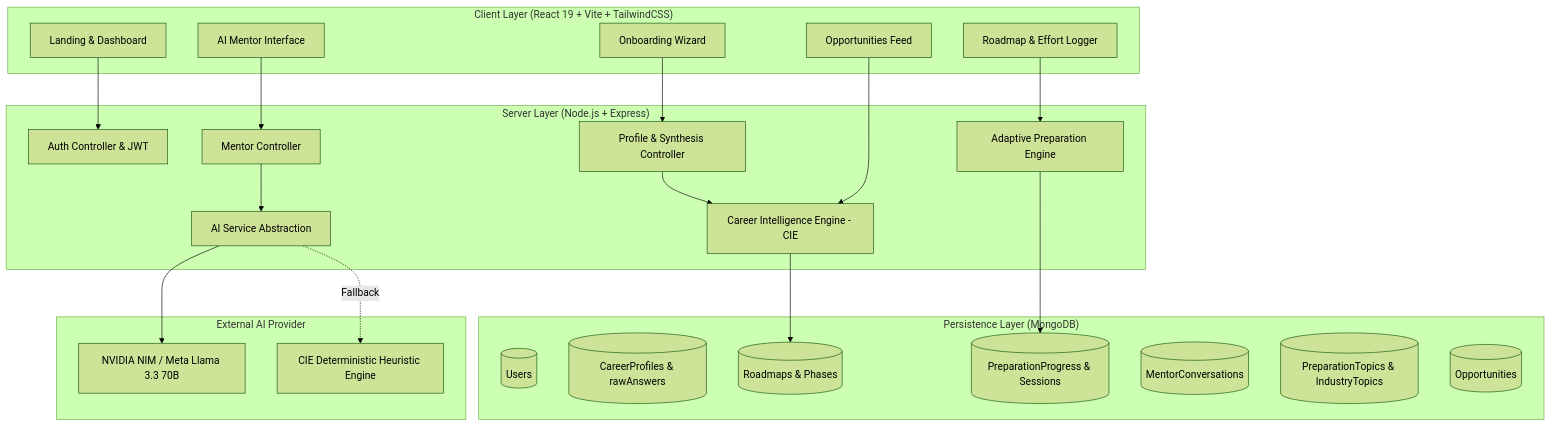
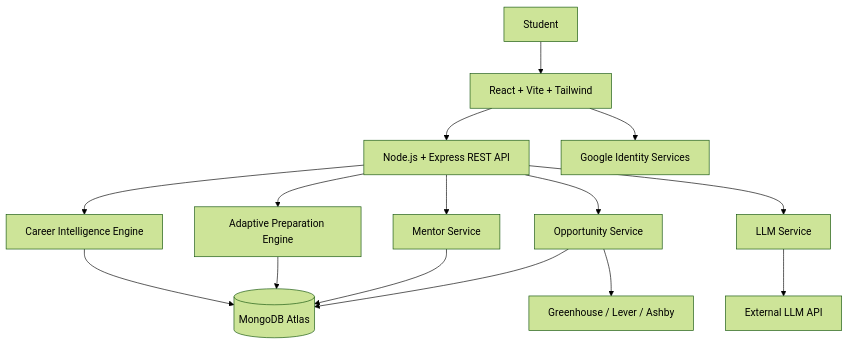
Before and after one commit to MKinCODE/BeyondCGPA: the diagram in README.md, drawn with Mermaid (forest theme). The commit also changed other lines of this file, not shown here.

````diff
--- a/README.md
+++ b/README.md
@@ -109,46 +55,20 @@
 ```mermaid
 flowchart TB
-    subgraph Client ["Client Layer (React 19 + Vite + TailwindCSS)"]
-        UI[Landing & Dashboard]
-        WIZ[Onboarding Wizard]
-        ROAD[Roadmap & Effort Logger]
-        CHAT[AI Mentor Interface]
-        OPP[Opportunities Feed]
-    end
+    U[Student] --> F[React + Vite + Tailwind]
+    F --> API[Node.js + Express REST API]
 
-    subgraph Server ["Server Layer (Node.js + Express)"]
-        AUTH[Auth Controller & JWT]
-        PROF[Profile & Synthesis Controller]
-        CIE[Career Intelligence Engine - CIE]
-        PREP[Adaptive Preparation Engine]
-        MENTOR[Mentor Controller]
-        AI_SVC[AI Service Abstraction]
-    end
+    API --> CIE[Career Intelligence Engine]
+    API --> PE[Adaptive Preparation Engine]
+    API --> M[Mentor Service]
+    API --> O[Opportunity Service]
+    API --> AI[LLM Service]
 
-    subgraph Storage ["Persistence Layer (MongoDB)"]
-        M_USER[(Users)]
-        M_PROF[(CareerProfiles & rawAnswers)]
-        M_ROAD[(Roadmaps & Phases)]
-        M_PROG[(PreparationProgress & Sessions)]
-        M_CONV[(MentorConversations)]
-        M_TOPIC[(PreparationTopics & IndustryTopics)]
-        M_OPP[(Opportunities)]
-    end
+    CIE --> DB[(MongoDB Atlas)]
+    PE --> DB
+    M --> DB
+    O --> DB
 
-    subgraph AI ["External AI Provider"]
-        NVIDIA[NVIDIA NIM / Meta Llama 3.3 70B]
-        HEUR[CIE Deterministic Heuristic Engine]
-    end
-
-    UI --> AUTH
-    WIZ --> PROF
-    PROF --> CIE
-    CIE --> M_ROAD
-    ROAD --> PREP
-    PREP --> M_PROG
-    CHAT --> MENTOR
-    MENTOR --> AI_SVC
-    AI_SVC --> NVIDIA
-    AI_SVC -. Fallback .-> HEUR
-    OPP --> CIE
+    AI --> LLM[External LLM API]
+    O --> ATS[Greenhouse / Lever / Ashby]
+    F --> GIS[Google Identity Services]
 ```
````
